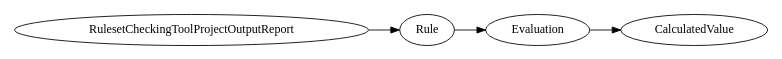
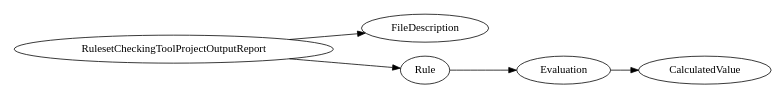
One commit to open229/ruleset-model-description-schema changed the diagram in docs229/ASHRAE229_RCT_project_connection.gv. Above: the diagram before and after it, drawn with Graphviz. The commit also changed 3 other files, not shown here.

Commit message:
Add connection diagrams

```diff
--- a/docs229/ASHRAE229_RCT_project_connection.gv
+++ b/docs229/ASHRAE229_RCT_project_connection.gv
@@ -1,7 +1,8 @@
 digraph G {
     size="7.5, 20";
     rankdir=LR;
+  RulesetCheckingToolProjectOutputReport -> FileDescription
   RulesetCheckingToolProjectOutputReport -> Rule
   Rule -> Evaluation
   Evaluation -> CalculatedValue
 }
```
